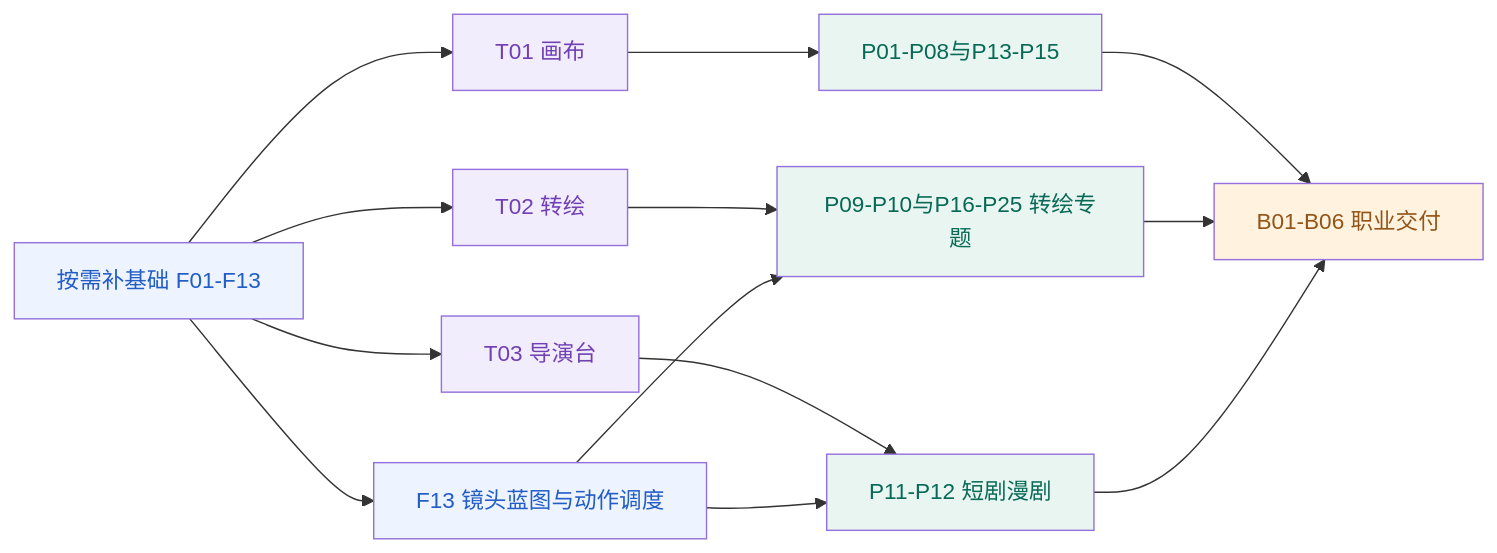
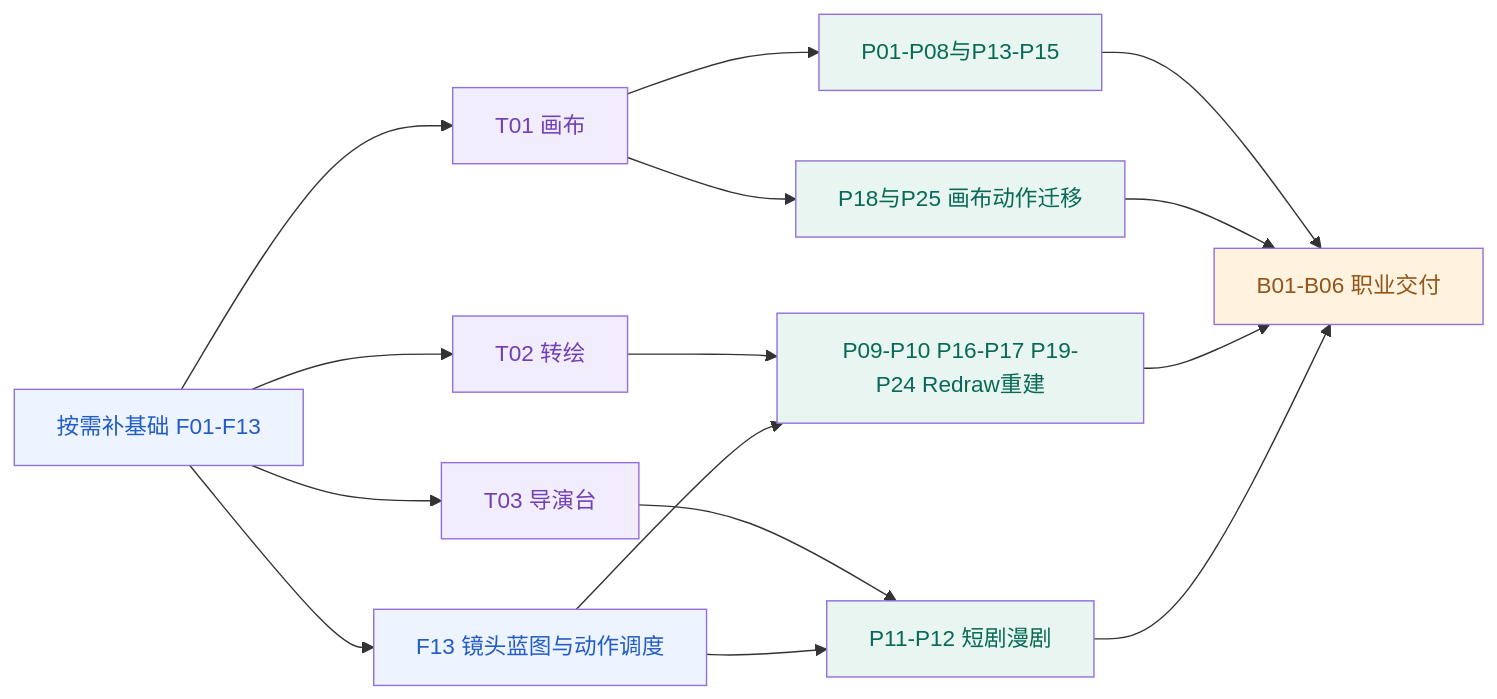
Before and after one commit to py198964/aigc-course-menu: the diagram in 课程逻辑图.mmd, drawn with Mermaid. The commit also changed 7 other files, not shown here.

```diff
--- a/课程逻辑图.mmd
+++ b/课程逻辑图.mmd
@@ -1,21 +1,23 @@
 flowchart LR
  F[按需补基础 F01-F13] --> T1[T01 画布]
  F --> T2[T02 转绘]
  F --> T3[T03 导演台]
  T1 --> P1[P01-P08与P13-P15]
- T2 --> P2[P09-P10与P16-P25 转绘专题]
+ T1 --> A[P18与P25 画布动作迁移]
+ T2 --> P2[P09-P10 P16-P17 P19-P24 Redraw重建]
  T3 --> P3[P11-P12 短剧漫剧]
  P1 --> B[B01-B06 职业交付]
+ A --> B
  P2 --> B
  P3 --> B
  F --> M[F13 镜头蓝图与动作调度]
  M --> P2
  M --> P3
  classDef foundation fill:#eef4ff,color:#225cc5;
  classDef tool fill:#f2edfc,color:#7040b4;
  classDef practice fill:#e8f5f0,color:#086a56;
  classDef business fill:#fff3e0,color:#935418;
  class F,M foundation;
  class T1,T2,T3 tool;
- class P1,P2,P3 practice;
+ class P1,P2,P3,A practice;
  class B business;
```
